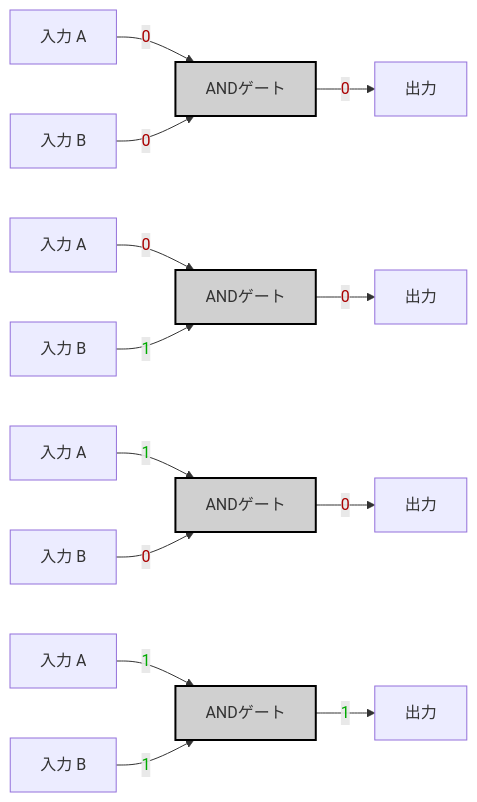
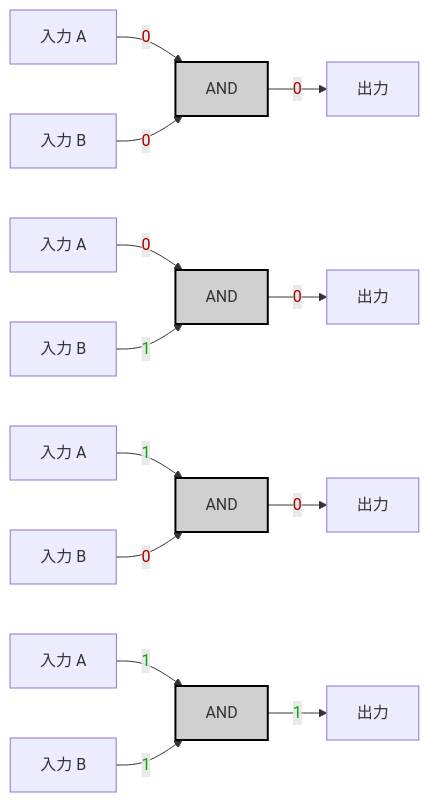
The first of 2 diagrams in 99_Projects/Nand2Tetris/HackHDL/AND.md (MeJamoLeo/Vault_Templates), drawn with Mermaid before and after one commit. The commit also changed other lines of this file and 3 other files, not shown here.

````diff
--- a/99_Projects/Nand2Tetris/HackHDL/AND.md
+++ b/99_Projects/Nand2Tetris/HackHDL/AND.md
@@ -20,20 +22,20 @@
 ```mermaid
 graph LR;
     A0["入力 A"] -->|<span style="color:#a00">0</span>| AND0;
     B0["入力 B"] -->|<span style="color:#a00">0</span>| AND0;
-    AND0["ANDゲート"]:::gate -->|<span style="color:#a00">0</span>| OUT0["出力"];
+    AND0["AND"]:::gate -->|<span style="color:#a00">0</span>| OUT0["出力"];
 
     A1["入力 A"] -->|<span style="color:#a00">0</span>| AND1;
     B1["入力 B"] -->|<span style="color:#0a0">1</span>| AND1;
-    AND1["ANDゲート"]:::gate -->|<span style="color:#a00">0</span>| OUT1["出力"];
+    AND1["AND"]:::gate -->|<span style="color:#a00">0</span>| OUT1["出力"];
 
     A2["入力 A"] -->|<span style="color:#0a0">1</span>| AND2;
     B2["入力 B"] -->|<span style="color:#a00">0</span>| AND2;
-    AND2["ANDゲート"]:::gate -->|<span style="color:#a00">0</span>| OUT2["出力"];
+    AND2["AND"]:::gate -->|<span style="color:#a00">0</span>| OUT2["出力"];
 
     A3["入力 A"] -->|<span style="color:#0a0">1</span>| AND3;
     B3["入力 B"] -->|<span style="color:#0a0">1</span>| AND3;
-    AND3["ANDゲート"]:::gate -->|<span style="color:#0a0">1</span>| OUT3["出力"];
+    AND3["AND"]:::gate -->|<span style="color:#0a0">1</span>| OUT3["出力"];
 
     classDef gate fill:#d0d0d0,stroke:#000,stroke-width:2px;
 ```
````
